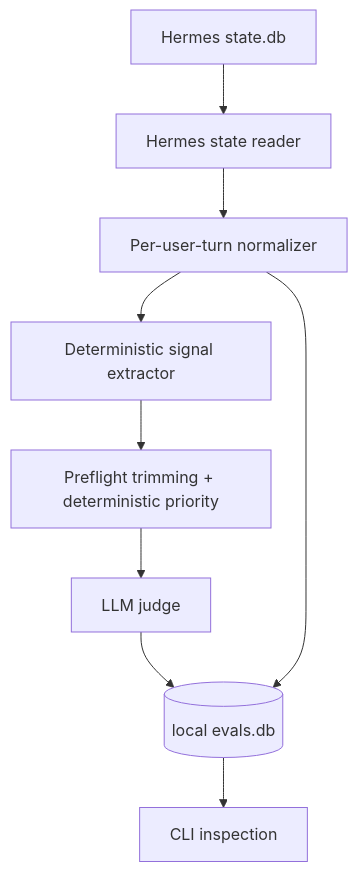
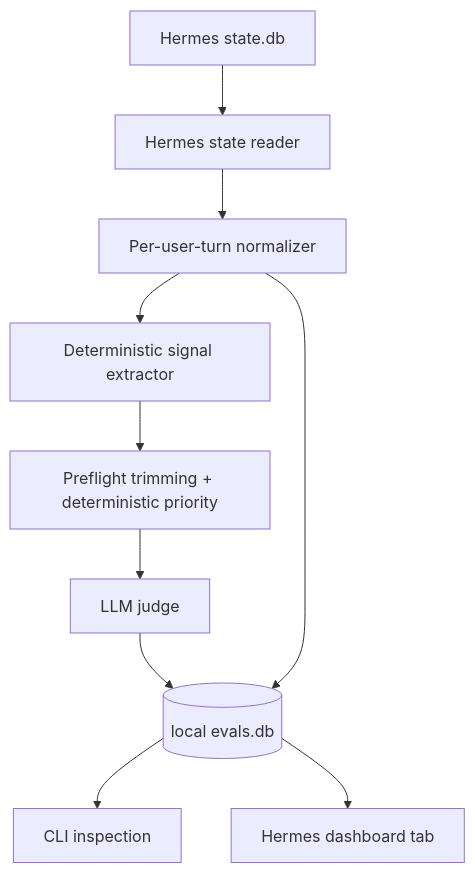
The diagram in README.md (merlinhu1/ariadne-eval), drawn with Mermaid before and after one commit. The commit also changed other lines of this file and 20 other files, not shown here.

Commit message:
feat: add Hermes dashboard plugin

````diff
--- a/README.md
+++ b/README.md
@@ -209,11 +219,12 @@
 ```mermaid
 graph TD
     HS[Hermes state.db] --> R[Hermes state reader]
     R --> N[Per-user-turn normalizer]
     N --> S[Deterministic signal extractor]
     S --> T[Preflight trimming + deterministic priority]
     T --> J[LLM judge]
     J --> DB[(local evals.db)]
     N --> DB
     DB --> CLI[CLI inspection]
+    DB --> DASH[Hermes dashboard tab]
 ```
````
